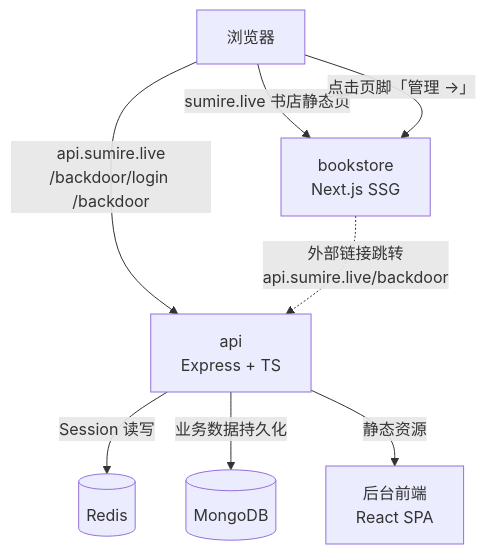
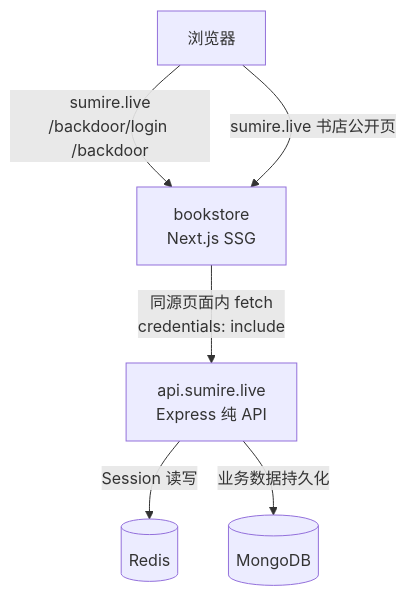
One commit to Deliay/sumire changed the first of 2 diagrams in docs/engineering/proposals/2026-08-12-backdoor-auth-proposal.md. Above: the diagram before and after it, drawn with Mermaid. The commit also changed other lines of this file and 2 other files, not shown here.

First line of the commit message:
docs: 返工修订——后台页面并入 bookstore，servers/api 仅提供 API

````diff
--- a/docs/engineering/proposals/2026-08-12-backdoor-auth-proposal.md
+++ b/docs/engineering/proposals/2026-08-12-backdoor-auth-proposal.md
@@ -46,10 +47,8 @@
 ```mermaid
 graph TD
-    U[浏览器] -->|api.sumire.live<br>/backdoor/login /backdoor| A[api<br>Express + TS]
-    U -->|sumire.live 书店静态页| B[bookstore<br>Next.js SSG]
+    U[浏览器] -->|sumire.live<br>/backdoor/login /backdoor| B[bookstore<br>Next.js SSG]
+    U -->|sumire.live 书店公开页| B
+    B -->|同源页面内 fetch<br>credentials: include| A[api.sumire.live<br>Express 纯 API]
     A -->|Session 读写| C[(Redis)]
     A -->|业务数据持久化| M[(MongoDB)]
-    A -->|静态资源| D[后台前端<br>React SPA]
-    U -->|点击页脚「管理 →」| B
-    B -.->|外部链接跳转<br>api.sumire.live/backdoor| A
 ```
````
